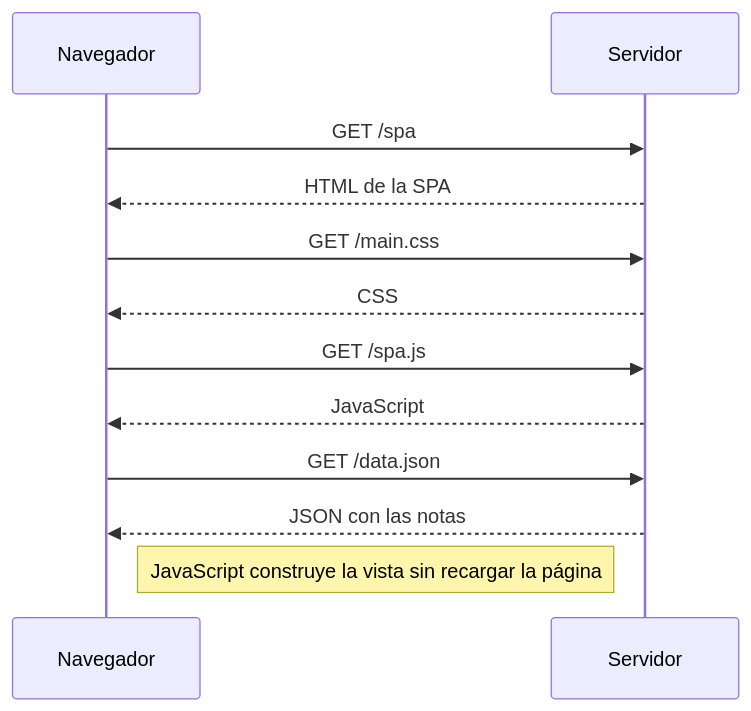
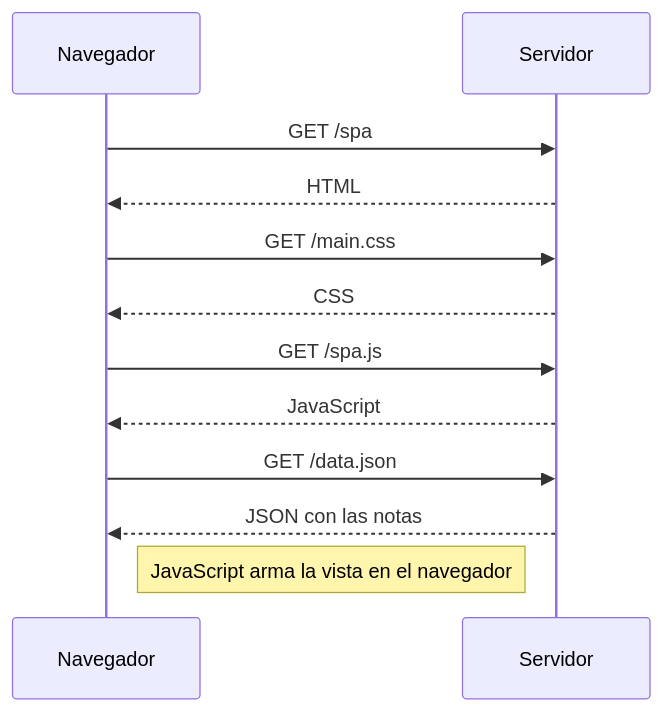
Before and after one commit to facchinn/full-stack-open: the second of 3 diagrams in part0/README.md, drawn with Mermaid. The commit also changed other lines of this file, not shown here.

````diff
--- a/part0/README.md
+++ b/part0/README.md
@@ -27,14 +37,16 @@
 ```mermaid
 sequenceDiagram
     participant browser as Navegador
     participant server as Servidor
+
     browser->>server: GET /spa
-    server-->>browser: HTML de la SPA
+    server-->>browser: HTML
     browser->>server: GET /main.css
     server-->>browser: CSS
     browser->>server: GET /spa.js
     server-->>browser: JavaScript
     browser->>server: GET /data.json
     server-->>browser: JSON con las notas
-    Note right of browser: JavaScript construye la vista sin recargar la página
+
+    Note right of browser: JavaScript arma la vista en el navegador
 ```
````
